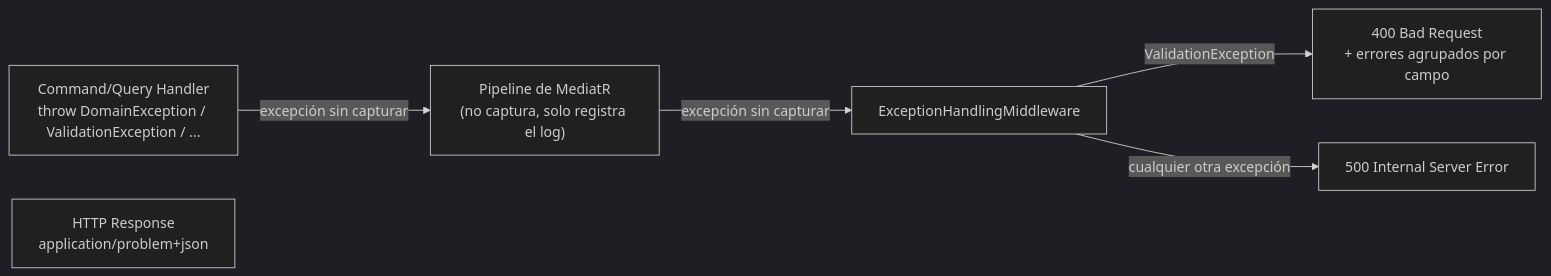
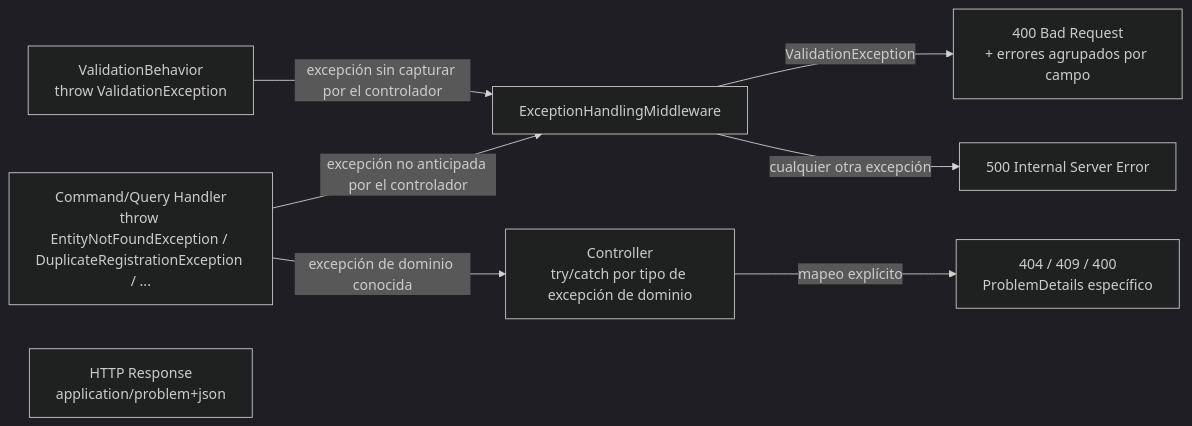
Before and after one commit to AlejBlasco/SportsClubEventManager: the tenth of 13 diagrams in docs/architecture/architecture.md, drawn with Mermaid (dark theme). The commit also changed other lines of this file and 22 other files, not shown here.

````diff
--- a/docs/architecture/architecture.md
+++ b/docs/architecture/architecture.md
@@ -432,12 +443,15 @@
 ```mermaid
 flowchart LR
-    Handler["Command/Query Handler<br/>throw DomainException / ValidationException / ..."]
-    Behaviors["Pipeline de MediatR<br/>(no captura, solo registra el log)"]
+    Val["ValidationBehavior<br/>throw ValidationException"]
+    Handler["Command/Query Handler<br/>throw EntityNotFoundException / DuplicateRegistrationException / ..."]
+    Ctrl["Controller<br/>try/catch por tipo de excepción de dominio"]
     MW["ExceptionHandlingMiddleware"]
     Resp["HTTP Response<br/>application/problem+json"]
 
-    Handler -->|excepción sin capturar| Behaviors
-    Behaviors -->|excepción sin capturar| MW
+    Val -->|excepción sin capturar por el controlador| MW
+    Handler -->|excepción de dominio conocida| Ctrl
+    Ctrl -->|mapeo explícito| Resp404["404 / 409 / 400<br/>ProblemDetails específico"]
+    Handler -->|excepción no anticipada por el controlador| MW
     MW -->|ValidationException| Resp400["400 Bad Request<br/>+ errores agrupados por campo"]
     MW -->|cualquier otra excepción| Resp500["500 Internal Server Error"]
 ```
````
